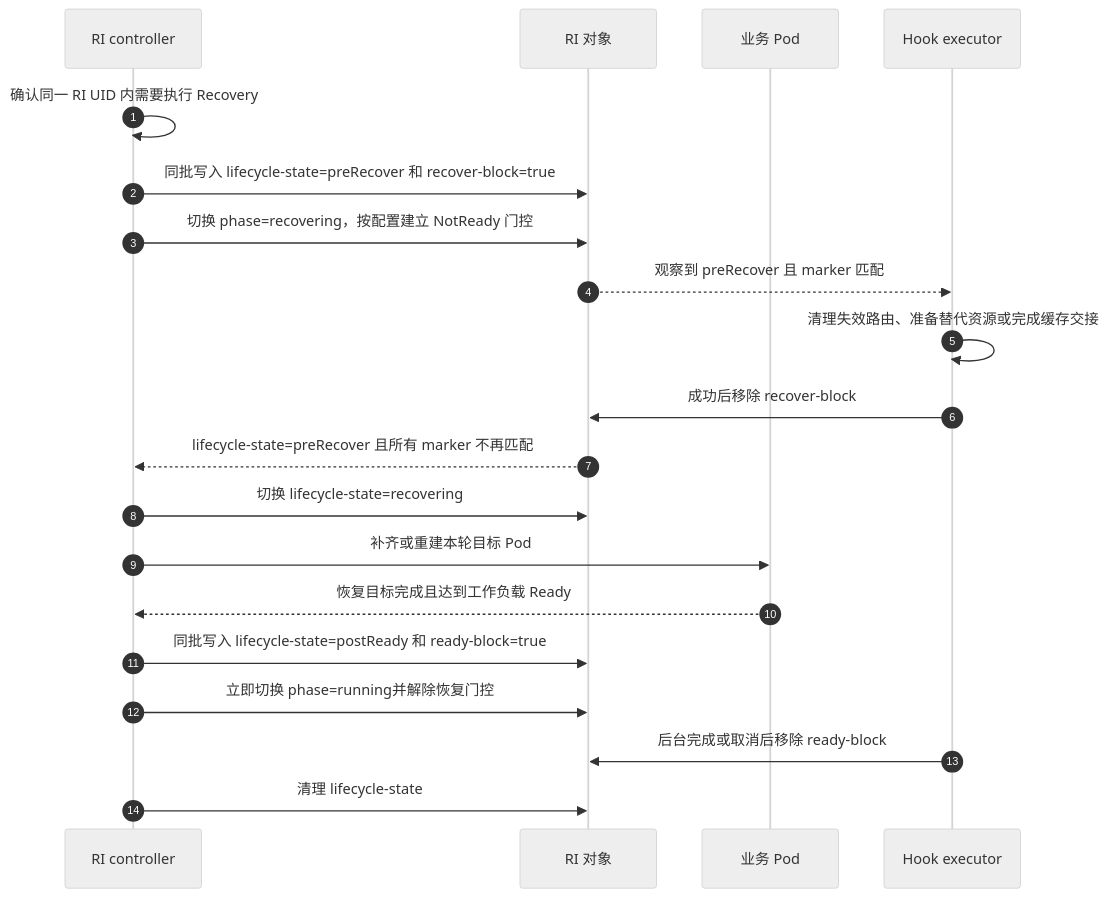
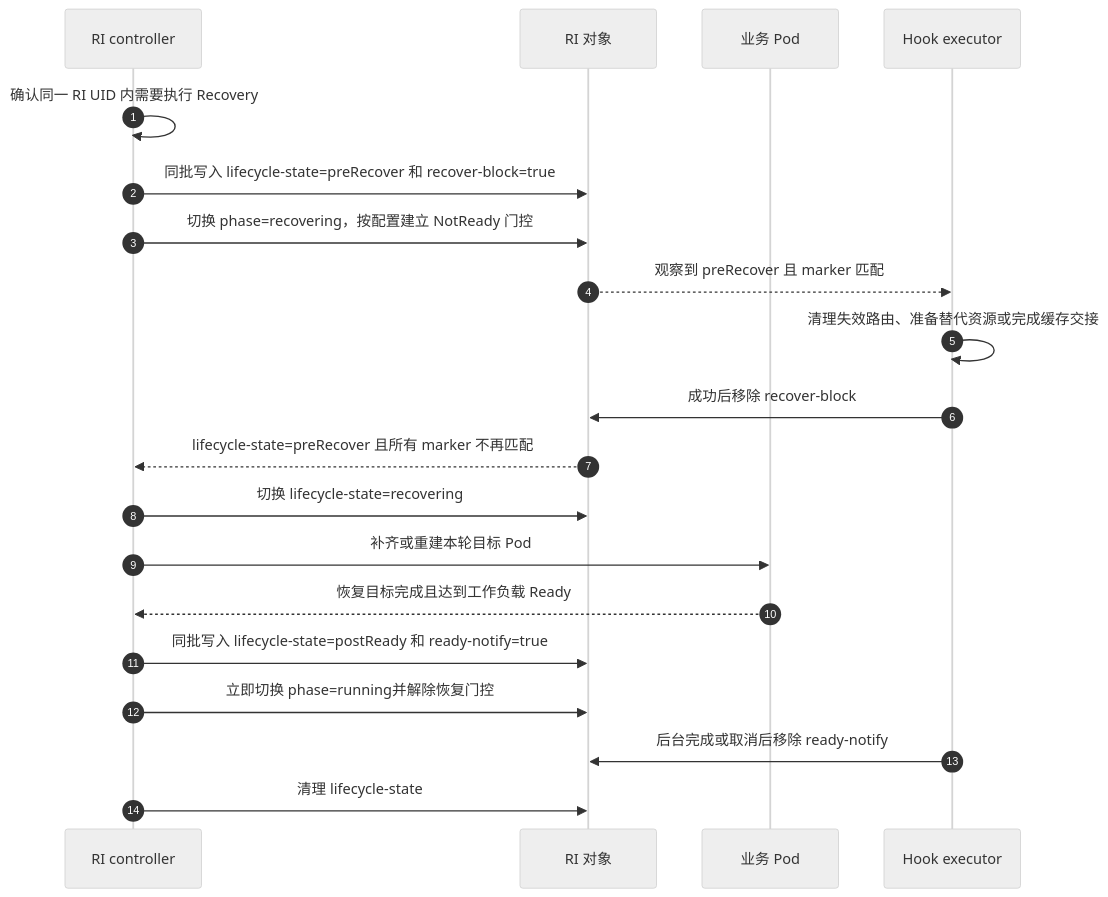
Before and after one commit to sgl-project/rbg: the second of 4 diagrams in keps/527-roleinstance-lifecycle/README.zh-CN.md, drawn with Mermaid (neutral theme). The commit also changed other lines of this file and 2 other files, not shown here.

````diff
--- a/keps/527-roleinstance-lifecycle/README.zh-CN.md
+++ b/keps/527-roleinstance-lifecycle/README.zh-CN.md
@@ -326,22 +338,22 @@
 ```mermaid
 sequenceDiagram
     autonumber
     participant C as RI controller
     participant R as RI 对象
     participant P as 业务 Pod
     participant E as Hook executor
     C->>C: 确认同一 RI UID 内需要执行 Recovery
     C->>R: 同批写入 lifecycle-state=preRecover 和 recover-block=true
     C->>R: 切换 phase=recovering，按配置建立 NotReady 门控
     R-->>E: 观察到 preRecover 且 marker 匹配
     E->>E: 清理失效路由、准备替代资源或完成缓存交接
     E->>R: 成功后移除 recover-block
     R-->>C: lifecycle-state=preRecover 且所有 marker 不再匹配
     C->>R: 切换 lifecycle-state=recovering
     C->>P: 补齐或重建本轮目标 Pod
     P-->>C: 恢复目标完成且达到工作负载 Ready
-    C->>R: 同批写入 lifecycle-state=postReady 和 ready-block=true
+    C->>R: 同批写入 lifecycle-state=postReady 和 ready-notify=true
     C->>R: 立即切换 phase=running并解除恢复门控
-    E->>R: 后台完成或取消后移除 ready-block
+    E->>R: 后台完成或取消后移除 ready-notify
     C->>R: 清理 lifecycle-state
 ```
````
